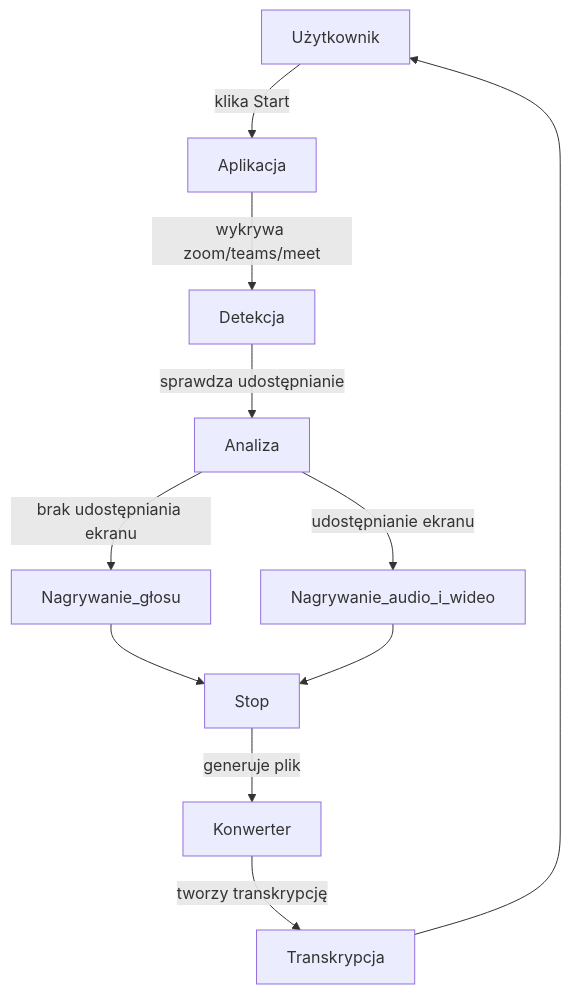
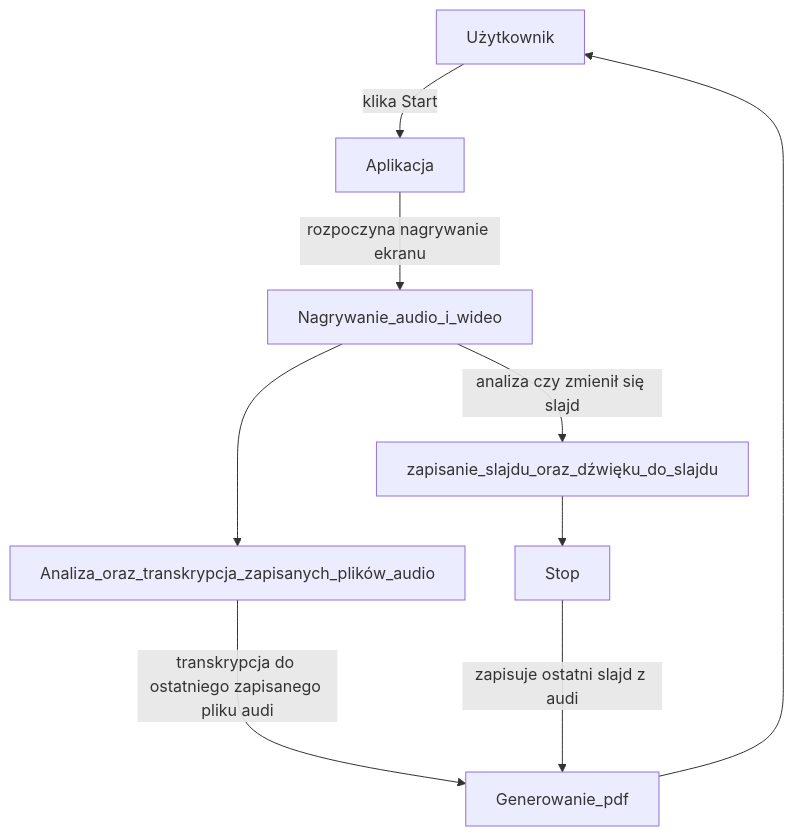
The first of 3 diagrams in README.md (sikorski1/IO_projekt), drawn with Mermaid before and after one commit. The commit also changed other lines of this file and 14 other files, not shown here.

````diff
--- a/README.md
+++ b/README.md
@@ -58,13 +58,9 @@
 ```mermaid
 graph TD;
     Użytkownik--klika Start-->Aplikacja;
-    Aplikacja--wykrywa zoom/teams/meet-->Detekcja;
-    Detekcja--sprawdza udostępnianie -->Analiza;
-    Analiza--brak udostępniania ekranu-->Nagrywanie_głosu;
-    Analiza--udostępnianie ekranu-->Nagrywanie_audio_i_wideo;
-    Nagrywanie_głosu-->Stop;
-    Nagrywanie_audio_i_wideo-->Stop;
-    Stop--generuje plik-->Konwerter;
-    Konwerter--tworzy transkrypcję-->Transkrypcja;
-    Transkrypcja-->Użytkownik;
+    Aplikacja--rozpoczyna nagrywanie ekranu-->Nagrywanie_audio_i_wideo;
+    Nagrywanie_audio_i_wideo--analiza czy zmienił się slajd-->zapisanie_slajdu_oraz_dźwięku_do_slajdu-->Stop
+    Nagrywanie_audio_i_wideo-->Analiza_oraz_transkrypcja_zapisanych_plików_audio--transkrypcja do ostatniego zapisanego pliku audio-->Generowanie_pdf 
+    Stop--zapisuje ostatni slajd z audio-->Generowanie_pdf;
+    Generowanie_pdf-->Użytkownik;
 ```
````
